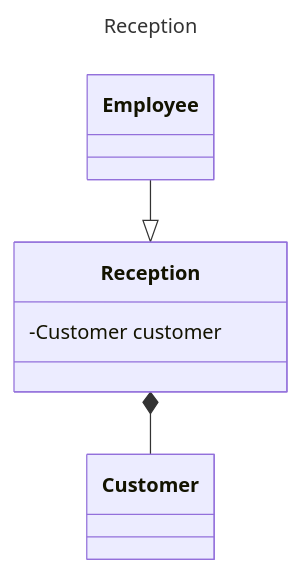
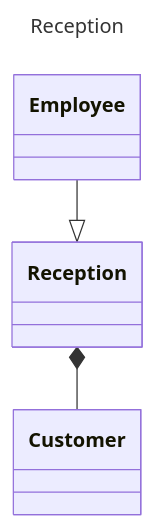
Before and after one commit to roxashrb/2425-cc3-1e-project-team-and-jerry: the diagram in class-diagrams/Class-Diagram-Receptionist.md, drawn with Mermaid.

````diff
--- a/class-diagrams/Class-Diagram-Receptionist.md
+++ b/class-diagrams/Class-Diagram-Receptionist.md
@@ -1,11 +1,11 @@
 ```mermaid
 ---
 title: Reception
 ---
 classDiagram
     Employee --|> Reception
     Reception *-- Customer
     class Reception {
-        -Customer customer
+        
     }
 ```
````
